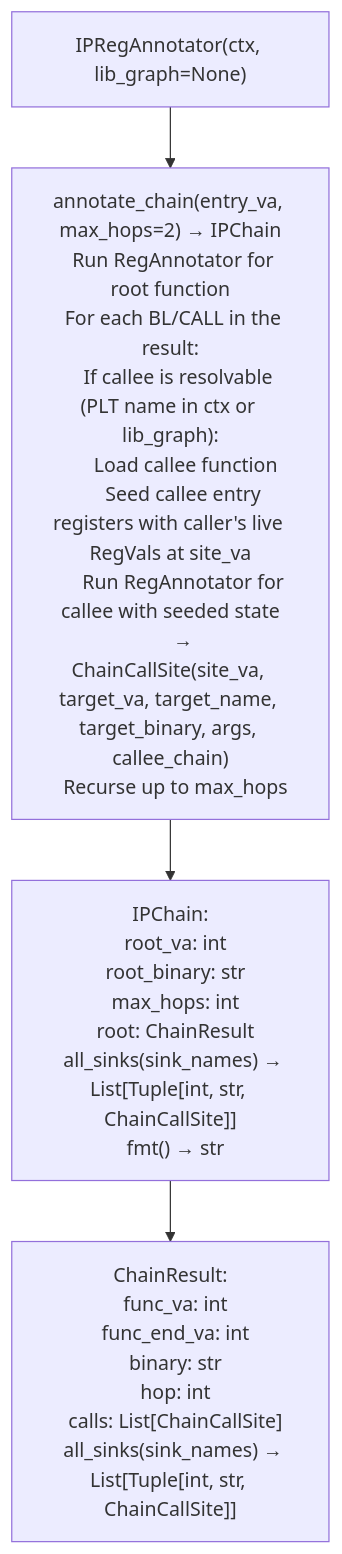
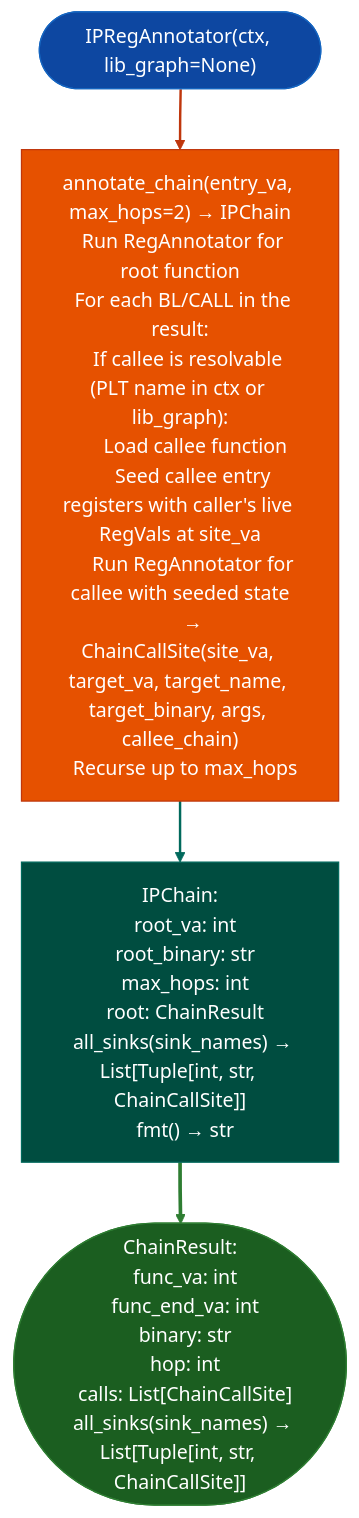
Before and after one commit to Ablation-Tool/ablation: the diagram in docs/reference-modules/call-site-backward-slicing.md, drawn with Mermaid. The commit also changed 320 other files, not shown here.

First line of the commit message:
docs: apply canonical Mermaid template to all 321 diagrams

````diff
--- a/docs/reference-modules/call-site-backward-slicing.md
+++ b/docs/reference-modules/call-site-backward-slicing.md
@@ -19,6 +19,15 @@
 ```mermaid
 flowchart TD
-    A["IPRegAnnotator(ctx, lib_graph=None)"] --> B["annotate_chain(entry_va, max_hops=2) → IPChain\n  Run RegAnnotator for root function\n  For each BL/CALL in the result:\n    If callee is resolvable (PLT name in ctx or lib_graph):\n      Load callee function\n      Seed callee entry registers with caller's live RegVals at site_va\n      Run RegAnnotator for callee with seeded state\n      → ChainCallSite(site_va, target_va, target_name, target_binary, args, callee_chain)\n  Recurse up to max_hops"]
-    B --> C["IPChain:\n  root_va: int\n  root_binary: str\n  max_hops: int\n  root: ChainResult\n  all_sinks(sink_names) → List[Tuple[int, str, ChainCallSite]]\n  fmt() → str"]
-    C --> D["ChainResult:\n  func_va: int\n  func_end_va: int\n  binary: str\n  hop: int\n  calls: List[ChainCallSite]\n  all_sinks(sink_names) → List[Tuple[int, str, ChainCallSite]]"]
+    A(["IPRegAnnotator(ctx, lib_graph=None)"]):::input --> B["annotate_chain(entry_va, max_hops=2) → IPChain\n  Run RegAnnotator for root function\n  For each BL/CALL in the result:\n    If callee is resolvable (PLT name in ctx or lib_graph):\n      Load callee function\n      Seed callee entry registers with caller's live RegVals at site_va\n      Run RegAnnotator for callee with seeded state\n      → ChainCallSite(site_va, target_va, target_name, target_binary, args, callee_chain)\n  Recurse up to max_hops"]:::primary
+    B:::primary --> C["IPChain:\n  root_va: int\n  root_binary: str\n  max_hops: int\n  root: ChainResult\n  all_sinks(sink_names) → List[Tuple[int, str, ChainCallSite]]\n  fmt() → str"]:::secondary
+    C:::secondary --> D(["ChainResult:\n  func_va: int\n  func_end_va: int\n  binary: str\n  hop: int\n  calls: List[ChainCallSite]\n  all_sinks(sink_names) → List[Tuple[int, str, ChainCallSite]]"]):::output
+    classDef input     fill:#0d47a1,stroke:#1565c0,color:#fff
+    classDef primary   fill:#e65100,stroke:#bf360c,color:#fff
+    classDef secondary fill:#004d40,stroke:#00695c,color:#fff
+    classDef tertiary  fill:#4a148c,stroke:#6a1b9a,color:#fff
+    classDef neutral   fill:#37474f,stroke:#546e7a,color:#fff
+    classDef output    fill:#1b5e20,stroke:#2e7d32,color:#fff
+    linkStyle 0 stroke:#bf360c,stroke-width:2px
+    linkStyle 1 stroke:#00695c,stroke-width:2px
+    linkStyle 2 stroke:#2e7d32,stroke-width:3px
 ```
````
